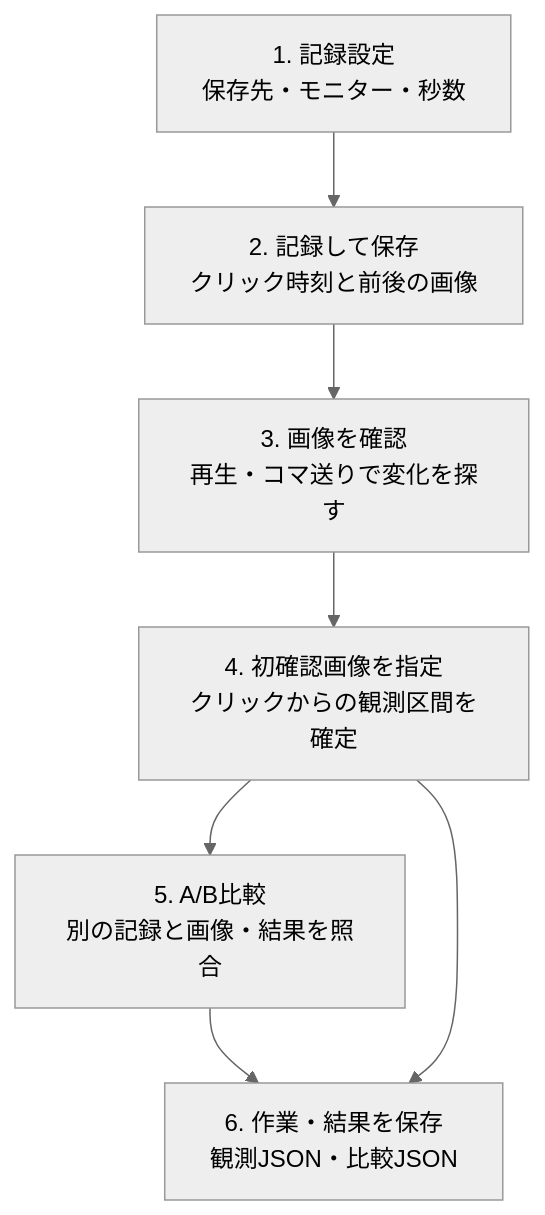
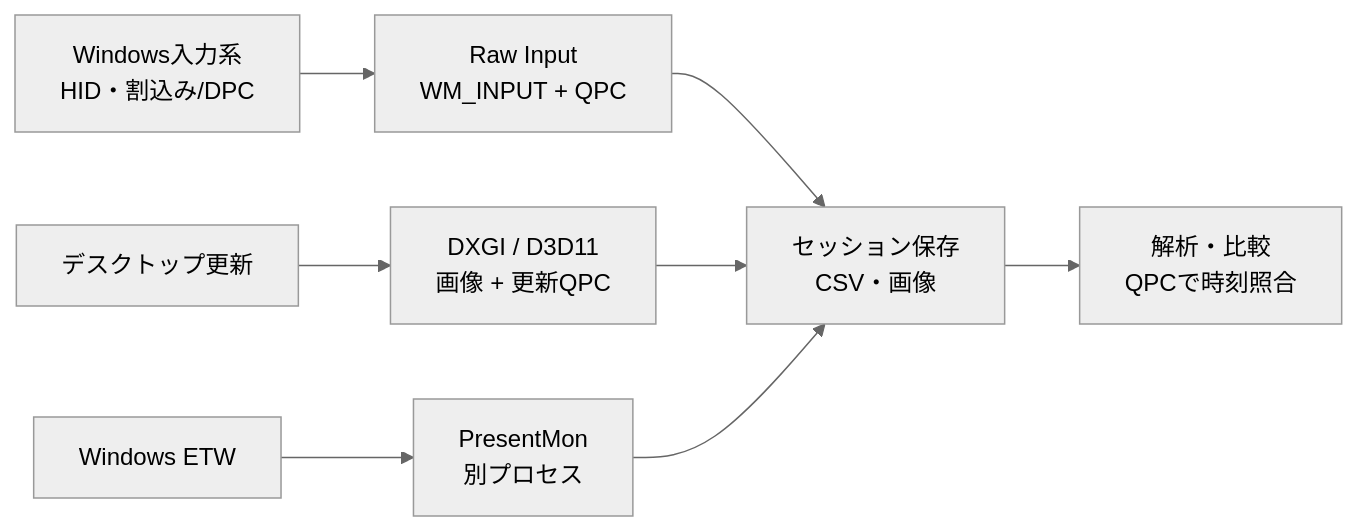
The diagram in README.md (THRusT555/CleanTiming), drawn with Mermaid (neutral theme) before and after one commit. The commit also changed other lines of this file, not shown here.

Commit message:
Explain capture internals horizontally and remove redundant guide text

````diff
--- a/README.md
+++ b/README.md
@@ -40,12 +120,10 @@
 ```mermaid
-flowchart TD
-    setup["1. 記録設定<br/>保存先・モニター・秒数"]
-    capture["2. 記録して保存<br/>クリック時刻と前後の画像"]
-    review["3. 画像を確認<br/>再生・コマ送りで変化を探す"]
-    result["4. 初確認画像を指定<br/>クリックからの観測区間を確定"]
-    compare["5. A/B比較<br/>別の記録と画像・結果を照合"]
-    export["6. 作業・結果を保存<br/>観測JSON・比較JSON"]
-    setup --> capture --> review --> result
-    result --> compare --> export
-    result --> export
+flowchart LR
+    hid["Windows入力系<br/>HID・割込み/DPC"] --> raw["Raw Input<br/>WM_INPUT + QPC"]
+    desktop["デスクトップ更新"] --> dxgi["DXGI / D3D11<br/>画像 + 更新QPC"]
+    etw["Windows ETW"] --> pm["PresentMon<br/>別プロセス"]
+    raw --> files["セッション保存<br/>CSV・画像"]
+    dxgi --> files
+    pm --> files
+    files --> review["解析・比較<br/>QPCで時刻照合"]
 ```
````
